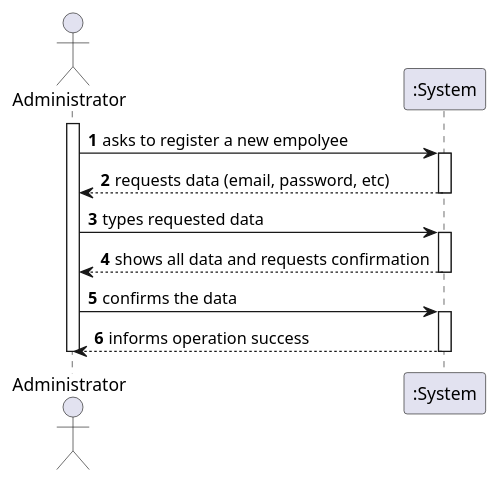
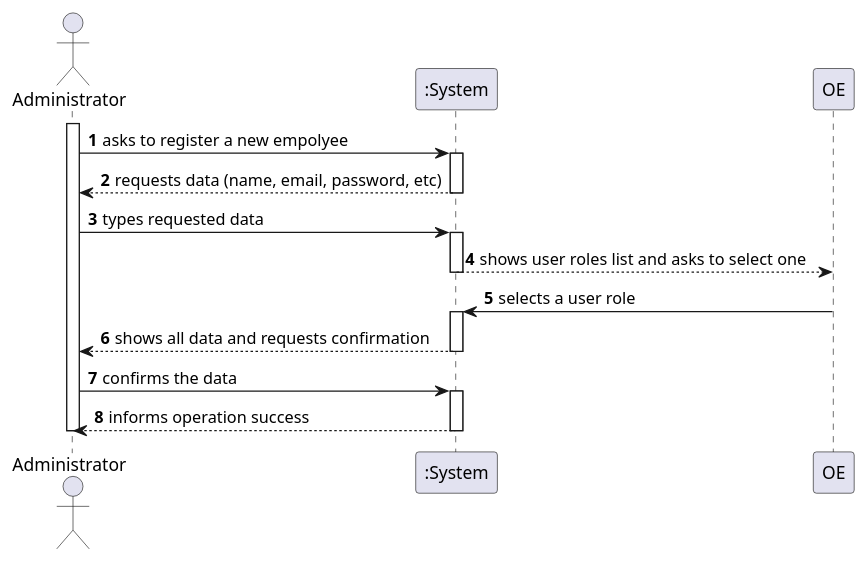
Before and after one commit to miseEnPlace-i/lapr2: the diagram in docs/SprintB/US10/SSD/US10_SSD.puml, drawn with PlantUML. The commit also changed 1 other file, not shown here.

```diff
--- a/docs/SprintB/US10/SSD/US10_SSD.puml
+++ b/docs/SprintB/US10/SSD/US10_SSD.puml
@@ -1,23 +1,28 @@
 @startuml US10_SSD
 autonumber
 actor "Administrator" as admin
 
 activate admin
 admin -> ":System" : asks to register a new empolyee
 activate ":System"
-":System" --> admin : requests data (email, password, etc)
+":System" --> admin : requests data (name, email, password, etc)
 deactivate ":System"
 
 admin -> ":System" : types requested data
+activate ":System"
+":System" --> OE : shows user roles list and asks to select one
+deactivate ":System"
+
+OE -> ":System" : selects a user role
 activate ":System"
 ":System" --> admin : shows all data and requests confirmation
 deactivate ":System"
 
 admin -> ":System" : confirms the data
 activate ":System"
 ":System" --> admin : informs operation success
 deactivate ":System"
 
 deactivate admin
 
 @enduml
```
